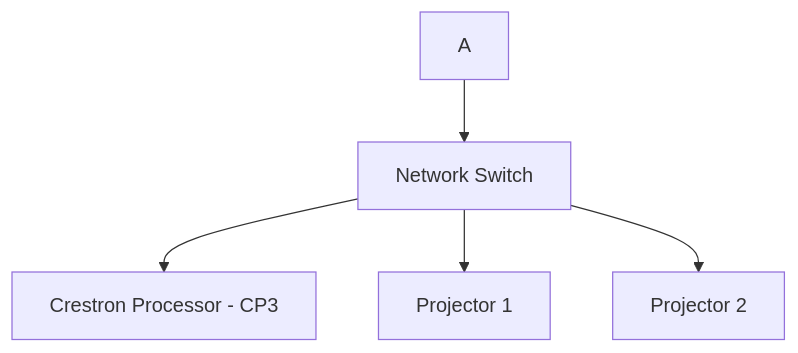
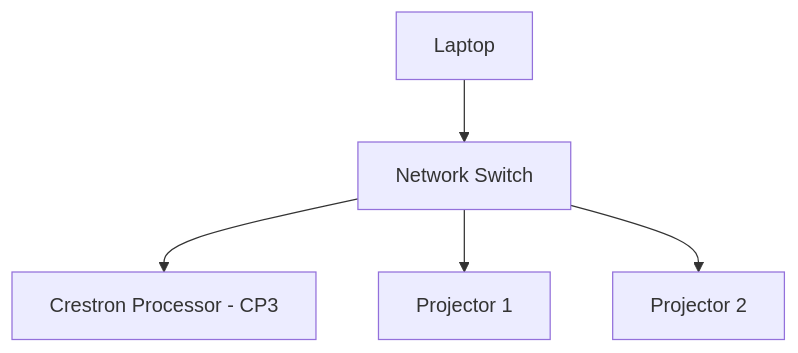
Before and after one commit to AbbieNgXinYi/Gamenian: the second of 3 diagrams in README.md, drawn with Mermaid.

````diff
--- a/README.md
+++ b/README.md
@@ -58,9 +58,9 @@
 ```mermaid
 graph TD
 
-A--> B[Network Switch]
+A[Laptop]--> B[Network Switch]
 B--> C[Crestron Processor - CP3]
 B--> D[Projector 1]
 B--> E[Projector 2]
 
 ```
````
